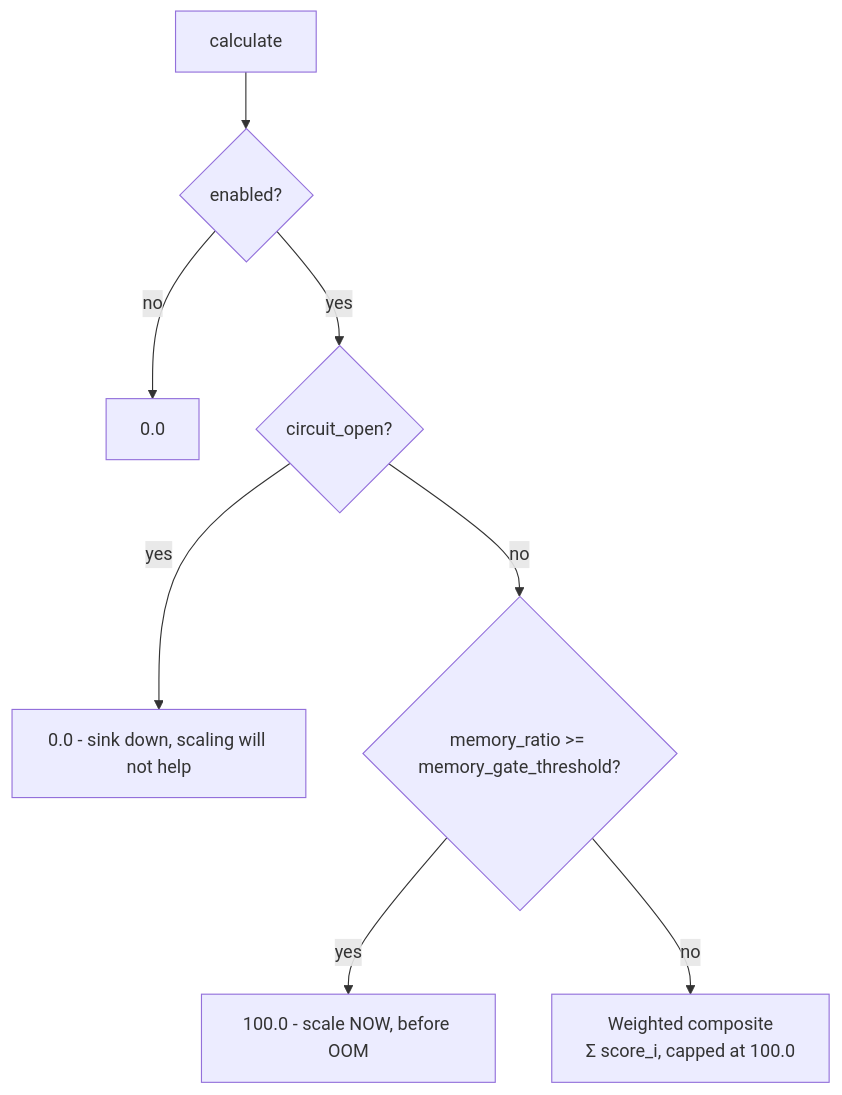
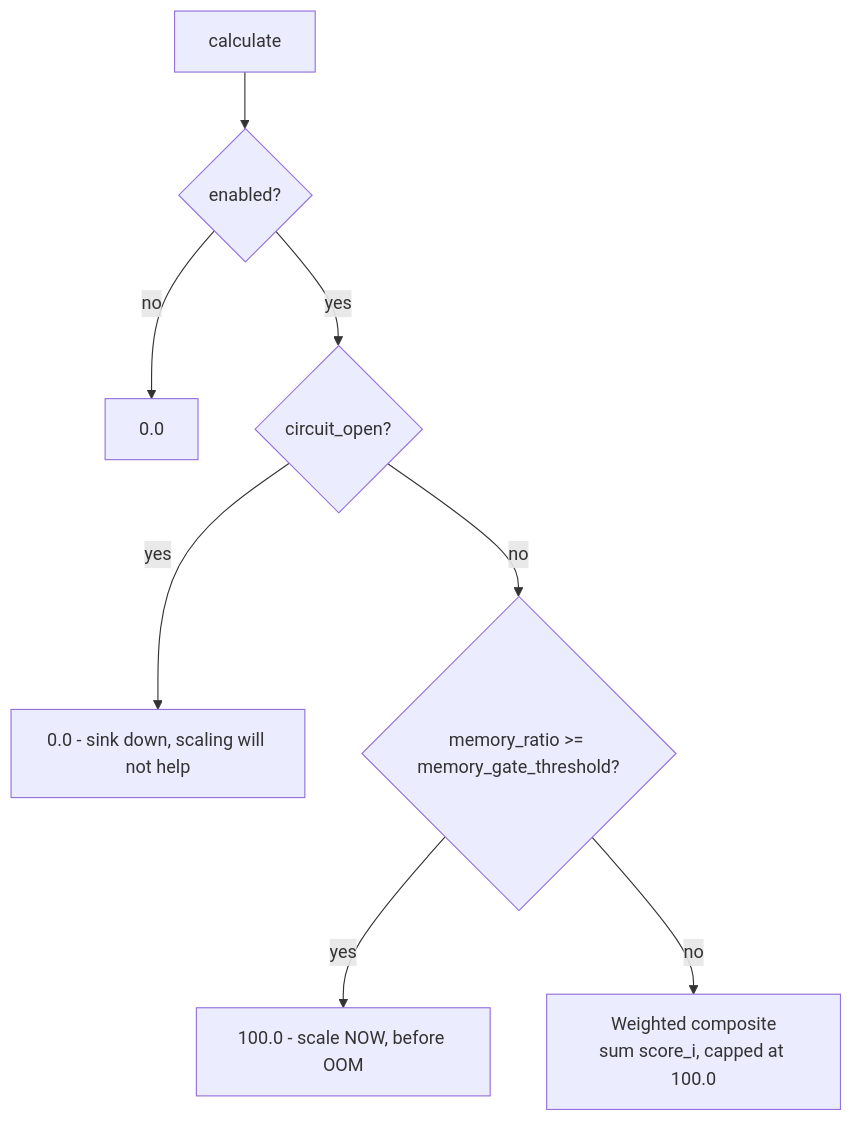
The diagram in docs/pipeline/scaling.md (hyperi-io/scalo-rs), drawn with Mermaid before and after one commit. The commit also changed other lines of this file and 30 other files, not shown here.

````diff
--- a/docs/pipeline/scaling.md
+++ b/docs/pipeline/scaling.md
@@ -14,10 +14,10 @@
 ```mermaid
 flowchart TD
     C[calculate] --> E{enabled?}
     E -->|no| Z0[0.0]
     E -->|yes| G1{circuit_open?}
     G1 -->|yes| Z1["0.0 - sink down, scaling will not help"]
     G1 -->|no| G2{"memory_ratio >= memory_gate_threshold?"}
     G2 -->|yes| Z2["100.0 - scale NOW, before OOM"]
-    G2 -->|no| W[Weighted composite<br/>Σ score_i, capped at 100.0]
+    G2 -->|no| W[Weighted composite<br/>sum score_i, capped at 100.0]
 ```
````
